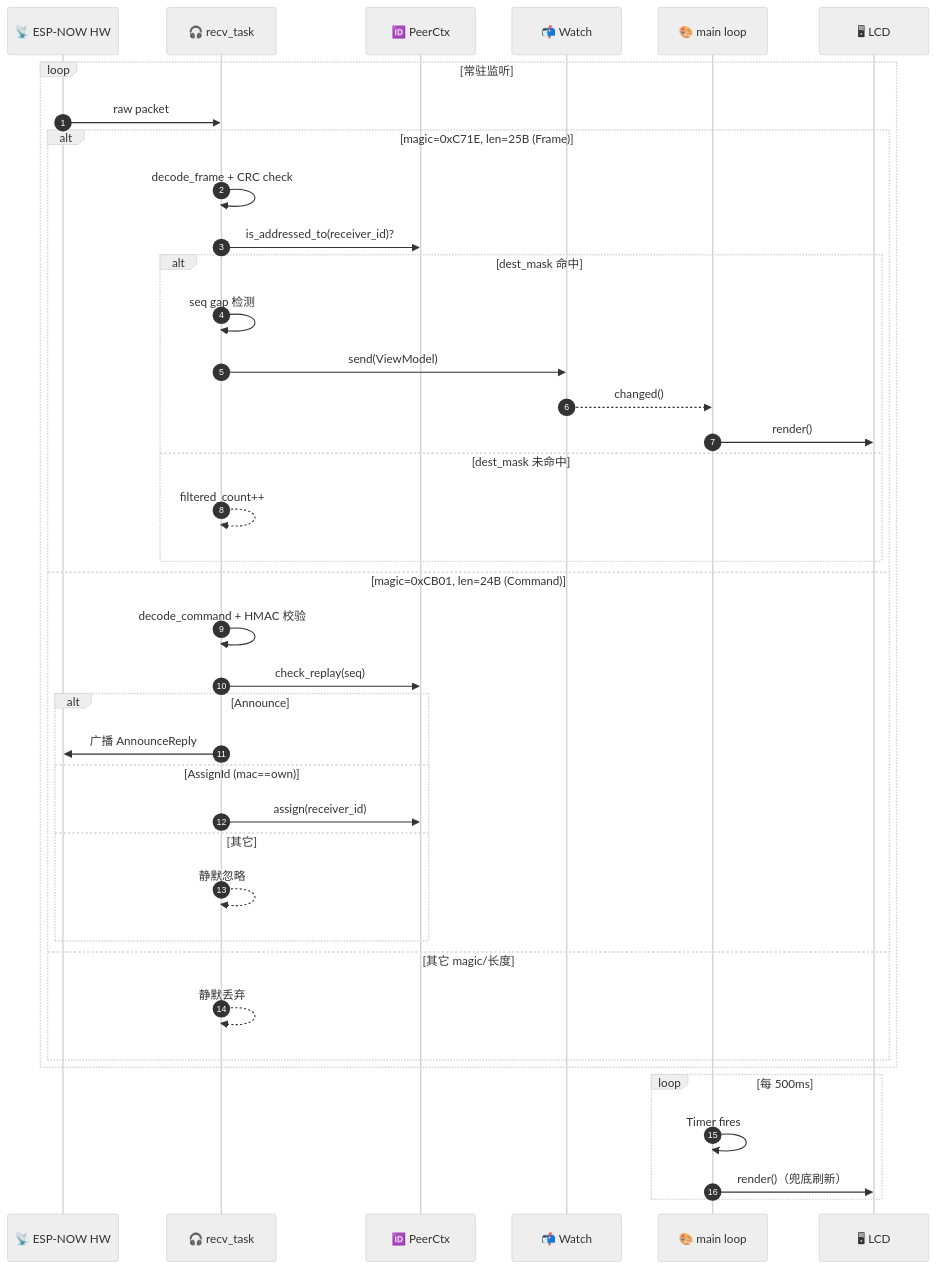
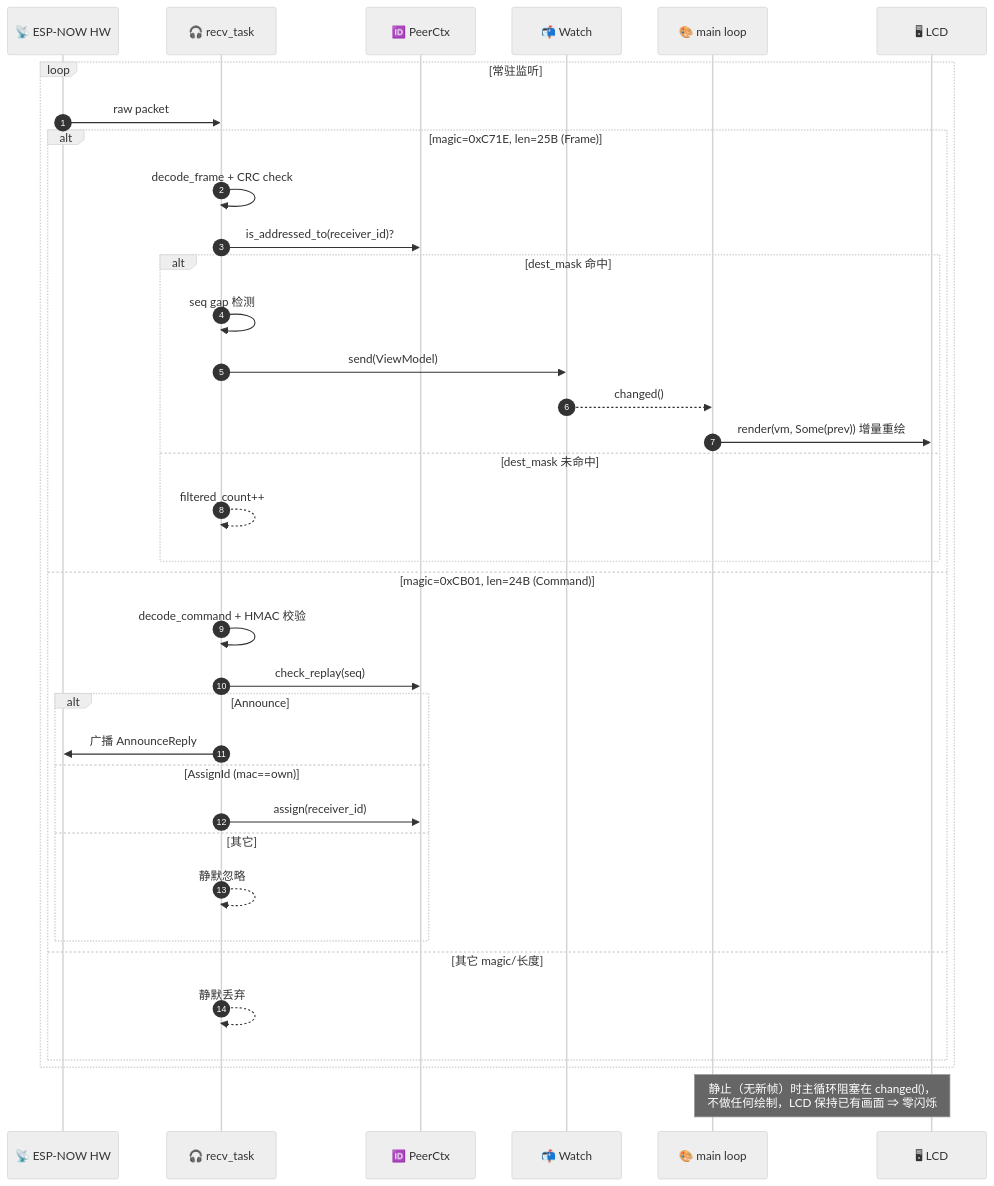
The second of 2 diagrams in crates/c6/README.md (lf-wxp/controller), drawn with Mermaid (neutral theme) before and after one commit. The commit also changed other lines of this file and 2 other files, not shown here.

Commit message:
fix(c6): eliminate LCD flicker with incremental rendering
Every received frame triggered a full-screen fill_screen(BG) + full
repaint, blanking and redrawing the whole 240x240 each frame, which
appeared as constant flicker.

Switch to incremental rendering: render(vm, prev) redraws only widgets
whose value actually changed; text is drawn with a background color so
it overwrites in place (no clear step); the joystick moves its dot
incrementally instead of refilling the 80x80 box. The main loop now
blocks on Watch.changed() with no periodic full refresh, and a full
clear happens only on the first frame / page switch.

````diff
--- a/crates/c6/README.md
+++ b/crates/c6/README.md
@@ -213,43 +215,40 @@
 ```mermaid
 sequenceDiagram
     autonumber
     participant Radio as 📡 ESP-NOW HW
     participant Recv as 🎧 recv_task
     participant Peer as 🆔 PeerCtx
     participant W as 📬 Watch
     participant Main as 🎨 main loop
     participant LCD as 🖥 LCD
 
     loop 常驻监听
         Radio->>Recv: raw packet
         alt magic=0xC71E, len=25B (Frame)
             Recv->>Recv: decode_frame + CRC check
             Recv->>Peer: is_addressed_to(receiver_id)?
             alt dest_mask 命中
                 Recv->>Recv: seq gap 检测
                 Recv->>W: send(ViewModel)
                 W-->>Main: changed()
-                Main->>LCD: render()
+                Main->>LCD: render(vm, Some(prev)) 增量重绘
             else dest_mask 未命中
                 Recv-->>Recv: filtered_count++
             end
         else magic=0xCB01, len=24B (Command)
             Recv->>Recv: decode_command + HMAC 校验
             Recv->>Peer: check_replay(seq)
             alt Announce
                 Recv->>Radio: 广播 AnnounceReply
             else AssignId (mac==own)
                 Recv->>Peer: assign(receiver_id)
             else 其它
                 Recv-->>Recv: 静默忽略
             end
         else 其它 magic/长度
             Recv-->>Recv: 静默丢弃
         end
     end
 
-    loop 每 500ms
-        Main->>Main: Timer fires
-        Main->>LCD: render()（兜底刷新）
-    end
+    note over Main,LCD: 静止（无新帧）时主循环阻塞在 changed()，<br/>不做任何绘制，LCD 保持已有画面 ⇒ 零闪烁
 ```
````
